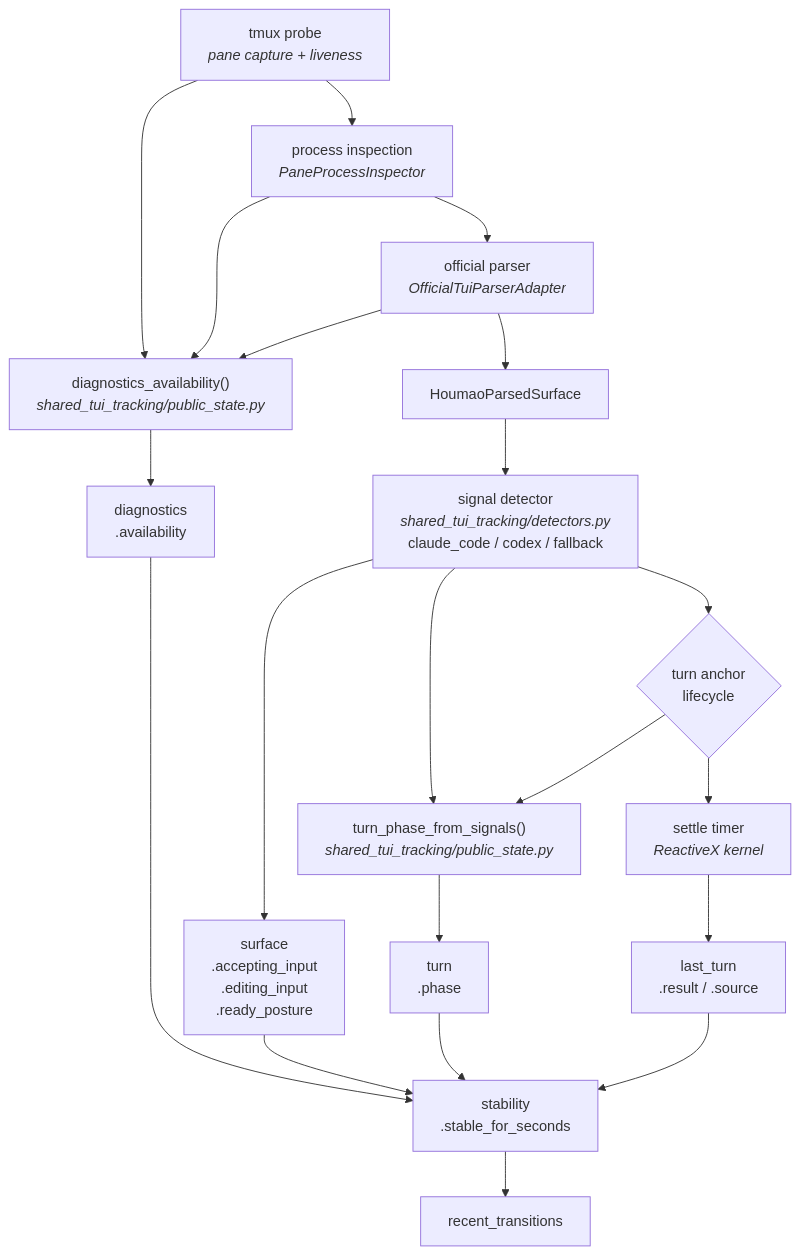
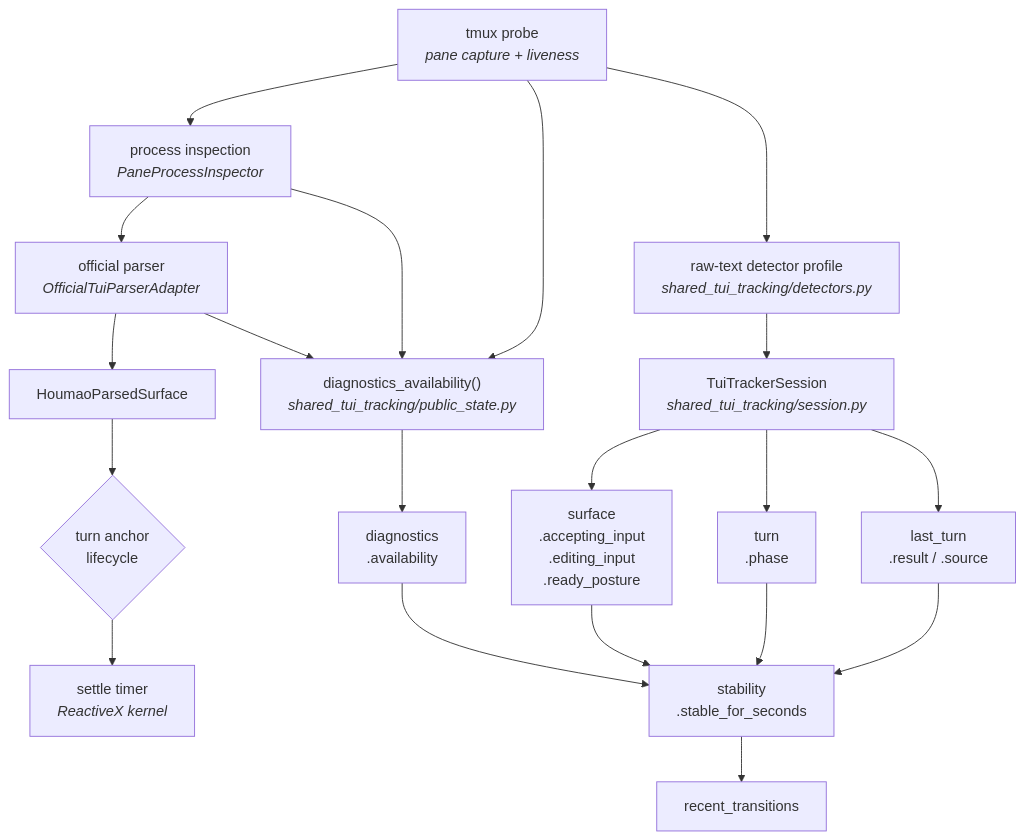
The fifth of 5 diagrams in docs/developer/houmao-server/state-transitions.md (igamenovoer/houmao), drawn with Mermaid before and after one commit. The commit also changed other lines of this file and 43 other files, not shown here.

Commit message:
feat: extract standalone tui state tracker

````diff
--- a/docs/developer/houmao-server/state-transitions.md
+++ b/docs/developer/houmao-server/state-transitions.md
@@ -141,37 +141,36 @@
 ```mermaid
 flowchart TD
     Probe["tmux probe<br/><i>pane capture + liveness</i>"]
     Proc["process inspection<br/><i>PaneProcessInspector</i>"]
     Parse["official parser<br/><i>OfficialTuiParserAdapter</i>"]
     Surf["HoumaoParsedSurface"]
-    Detect["signal detector<br/><i>shared_tui_tracking/detectors.py</i><br/>claude_code / codex / fallback"]
+    Detect["raw-text detector profile<br/><i>shared_tui_tracking/detectors.py</i>"]
+    Shared["TuiTrackerSession<br/><i>shared_tui_tracking/session.py</i>"]
     MapDiag["diagnostics_availability()<br/><i>shared_tui_tracking/public_state.py</i>"]
-    MapTurn["turn_phase_from_signals()<br/><i>shared_tui_tracking/public_state.py</i>"]
     Anchor{"turn anchor<br/>lifecycle"}
     Settle["settle timer<br/><i>ReactiveX kernel</i>"]
     PubDiag["diagnostics<br/>.availability"]
     PubSurf["surface<br/>.accepting_input<br/>.editing_input<br/>.ready_posture"]
     PubTurn["turn<br/>.phase"]
     PubLast["last_turn<br/>.result / .source"]
     Stable["stability<br/>.stable_for_seconds"]
     Hist["recent_transitions"]
 
     Probe --> Proc --> Parse --> Surf
     Probe --> MapDiag
     Proc --> MapDiag
     Parse --> MapDiag
-    Surf --> Detect
-    Detect --> PubSurf
-    Detect --> MapTurn
+    Probe --> Detect
+    Detect --> Shared
+    Shared --> PubSurf
+    Shared --> PubTurn
+    Shared --> PubLast
     MapDiag --> PubDiag
-    MapTurn --> PubTurn
-    Anchor --> MapTurn
-    Detect --> Anchor
+    Surf --> Anchor
     Anchor --> Settle
-    Settle --> PubLast
     PubDiag --> Stable
     PubSurf --> Stable
     PubTurn --> Stable
     PubLast --> Stable
     Stable --> Hist
 ```
````
